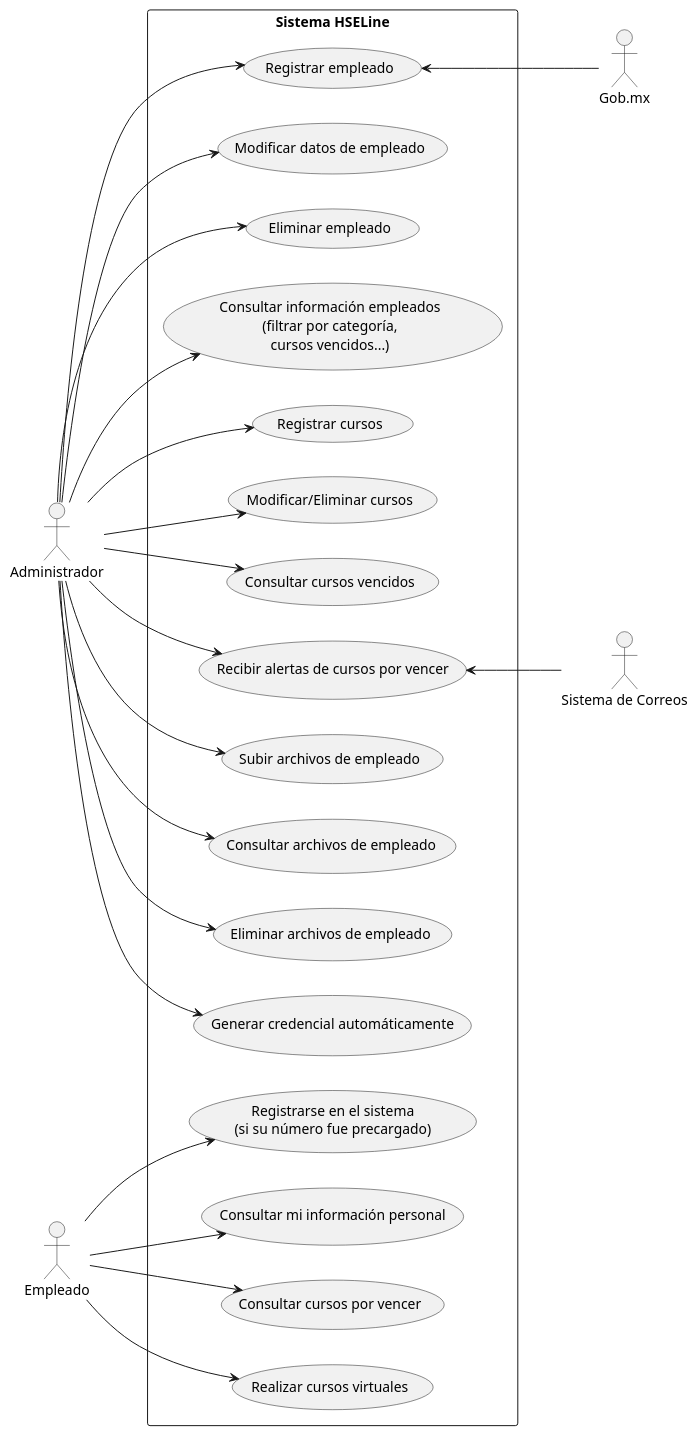
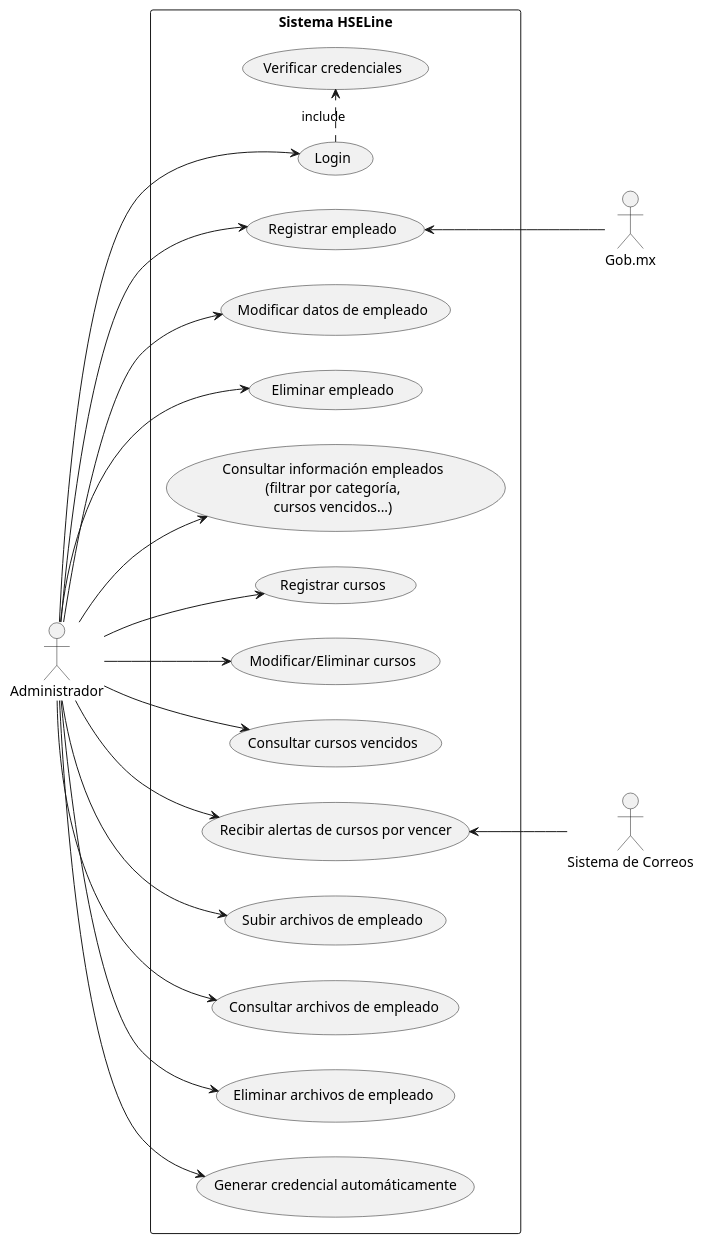
One commit to JoseDom18/HSELine-project changed the diagram in plantuml.md. Above: the diagram before and after it, drawn with PlantUML. The commit also changed 4 other files, not shown here.

````diff
--- a/plantuml.md
+++ b/plantuml.md
@@ -1,60 +1,67 @@
 ```plantuml
 @startuml
 left to right direction
 skinparam packageStyle rectangle
 actor Administrador
-actor Empleado
+' actor Empleado
 actor "Sistema de Correos" as Mailer
 actor "Gob.mx" as curp
 
 rectangle "Sistema HSELine" {
   
   ' Casos de uso del Administrador
   usecase "Registrar empleado" as UC1
   usecase "Modificar datos de empleado" as UC2
   usecase "Eliminar empleado" as UC3
   usecase "Consultar información empleados\n(filtrar por categoría,\ncursos vencidos...)" as UC4
   usecase "Registrar cursos" as UC5
   usecase "Modificar/Eliminar cursos" as UC6
   usecase "Consultar cursos vencidos" as UC7
   usecase "Recibir alertas de cursos por vencer" as UC8
   usecase "Subir archivos de empleado" as UC9
   usecase "Consultar archivos de empleado" as UC10
   usecase "Eliminar archivos de empleado" as UC11
   usecase "Generar credencial automáticamente" as UC12
+  usecase "Login" as UC13
+  usecase "Verificar credenciales" as UC14 
 
   ' Casos de uso del Empleado
-  usecase "Registrarse en el sistema\n(si su número fue precargado)" as UC13
-  usecase "Consultar mi información personal" as UC14
-  usecase "Consultar cursos por vencer" as UC15
-  usecase "Realizar cursos virtuales" as UC16
+  ' usecase "Registrarse en el sistema\n(si su número fue precargado)" as UC13
+  ' usecase "Consultar mi información personal" as UC14
+  ' usecase "Consultar cursos por vencer" as UC15
+  ' usecase "Realizar cursos virtuales" as UC16
 
 
   ' Relaciones del Administrador
   Administrador --> UC1
   Administrador --> UC2
   Administrador --> UC3
   Administrador --> UC4
   Administrador --> UC5
   Administrador --> UC6
   Administrador --> UC7
   Administrador --> UC8
   Administrador --> UC9
   Administrador --> UC10
   Administrador --> UC11
   Administrador --> UC12
+  Administrador --> UC13
 
   ' Relaciones del Empleado
-  Empleado --> UC13
-  Empleado --> UC14
-  Empleado --> UC15
-  Empleado --> UC16
+  ' Empleado --> UC13
+  ' Empleado --> UC14
+  ' Empleado --> UC15
+  ' Empleado --> UC16
+
+  ' Relaciones include
+  UC13 .> UC14 : include
+  }
 
   ' Relación del sistema con módulo externo de alertas
   UC8 <-down- Mailer
   ' Relación del sistema con módulo externo de datos personales
   UC1 <-down- curp
-}
+
 
 @enduml
 ```
````
